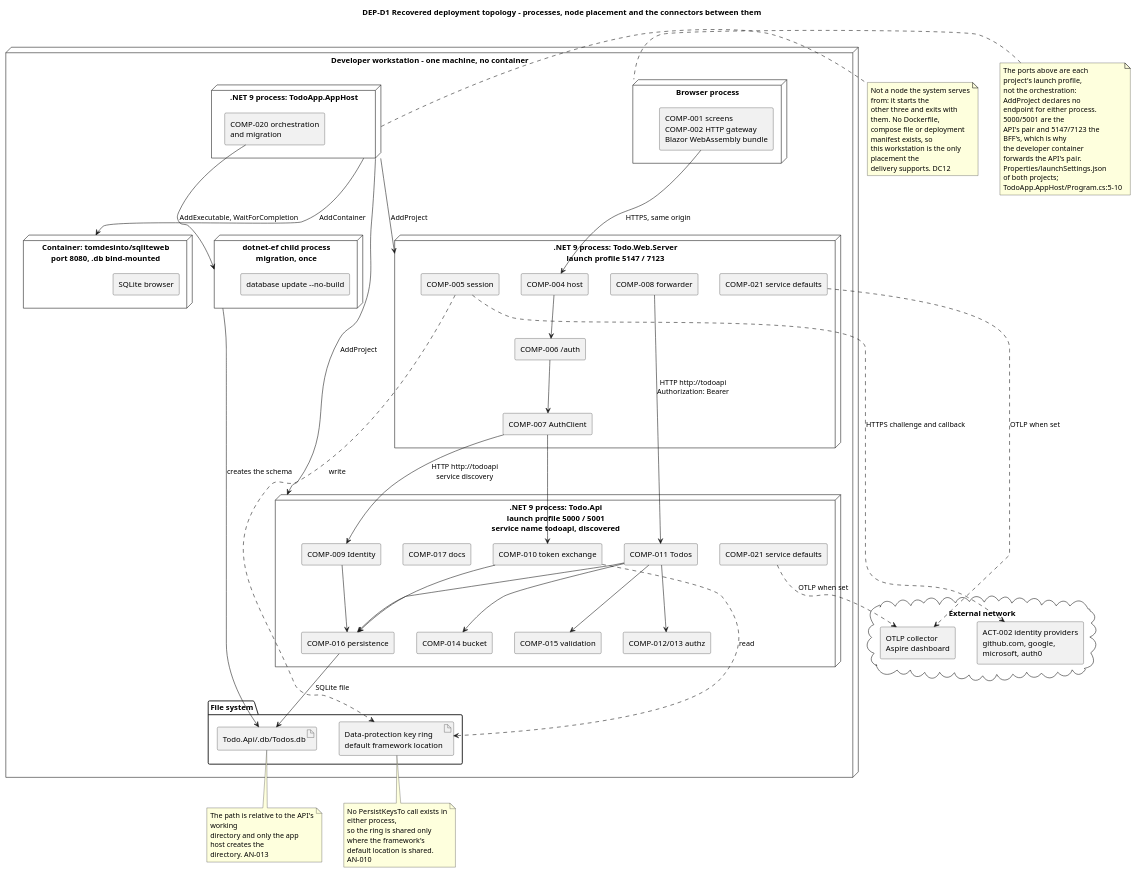
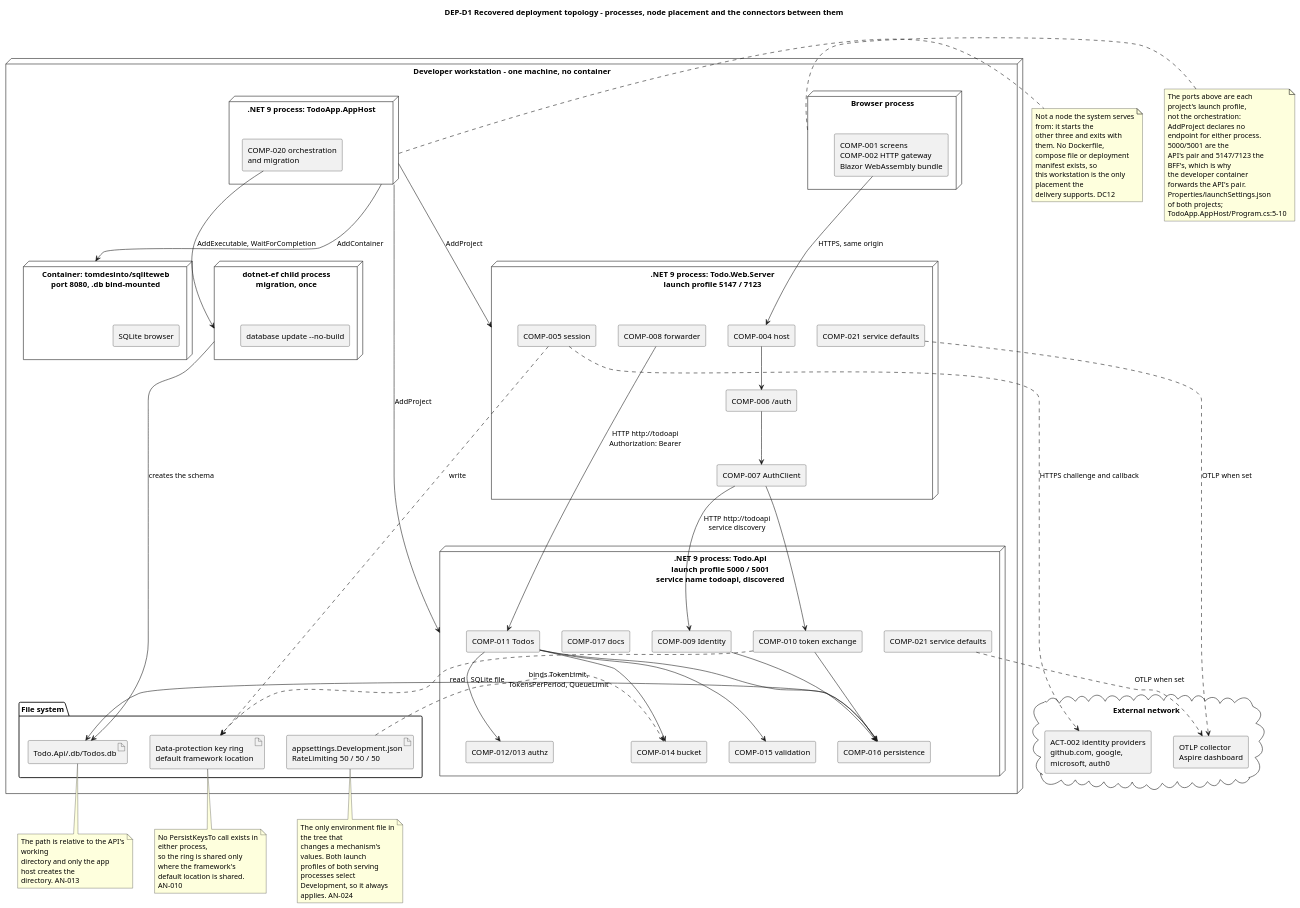
The ninth of 11 diagrams in docs/artifacts/analysis---design/software-architecture-document.md (banense-test/TodoApp), drawn with PlantUML before and after one commit. The commit also changed other lines of this file, not shown here.

Commit message:
Software Architect [Excavation2]: upsert Software Architecture Document
[skip ci]

```diff
--- a/docs/artifacts/analysis---design/software-architecture-document.md
+++ b/docs/artifacts/analysis---design/software-architecture-document.md
@@ -897,6 +897,7 @@
   folder "File system" as FS {
     artifact "Todo.Api/.db/Todos.db" as DBF
     artifact "Data-protection key ring\ndefault framework location" as KF
+    artifact "appsettings.Development.json\nRateLimiting 50 / 50 / 50" as CFG
   }
 }
 cloud "External network" as NET {
@@ -919,6 +920,7 @@
 A16 --> DBF : SQLite file
 B5 ..> KF : write
 A10 ..> KF : read
+CFG ..> A14 : binds TokenLimit,\nTokensPerPeriod, QueueLimit
 H20 --> MIG : AddExecutable, WaitForCompletion
 MIG --> DBF : creates the schema
 HOST --> API : AddProject
@@ -938,6 +940,13 @@
   No PersistKeysTo call exists in either process,
   so the ring is shared only where the framework's
   default location is shared. AN-010
+end note
+
+note bottom of CFG
+  The only environment file in the tree that
+  changes a mechanism's values. Both launch
+  profiles of both serving processes select
+  Development, so it always applies. AN-024
 end note
 
 note right of HOST
```
